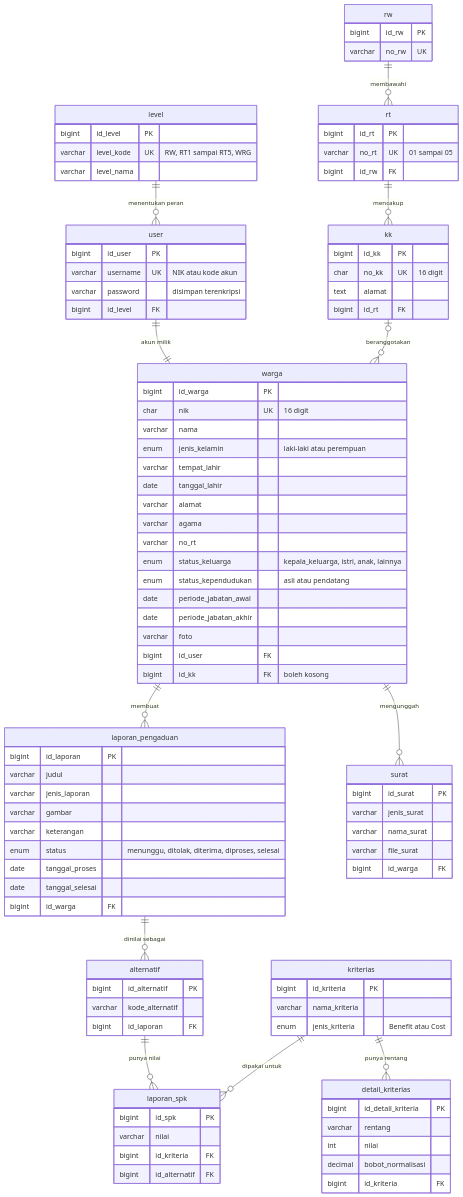
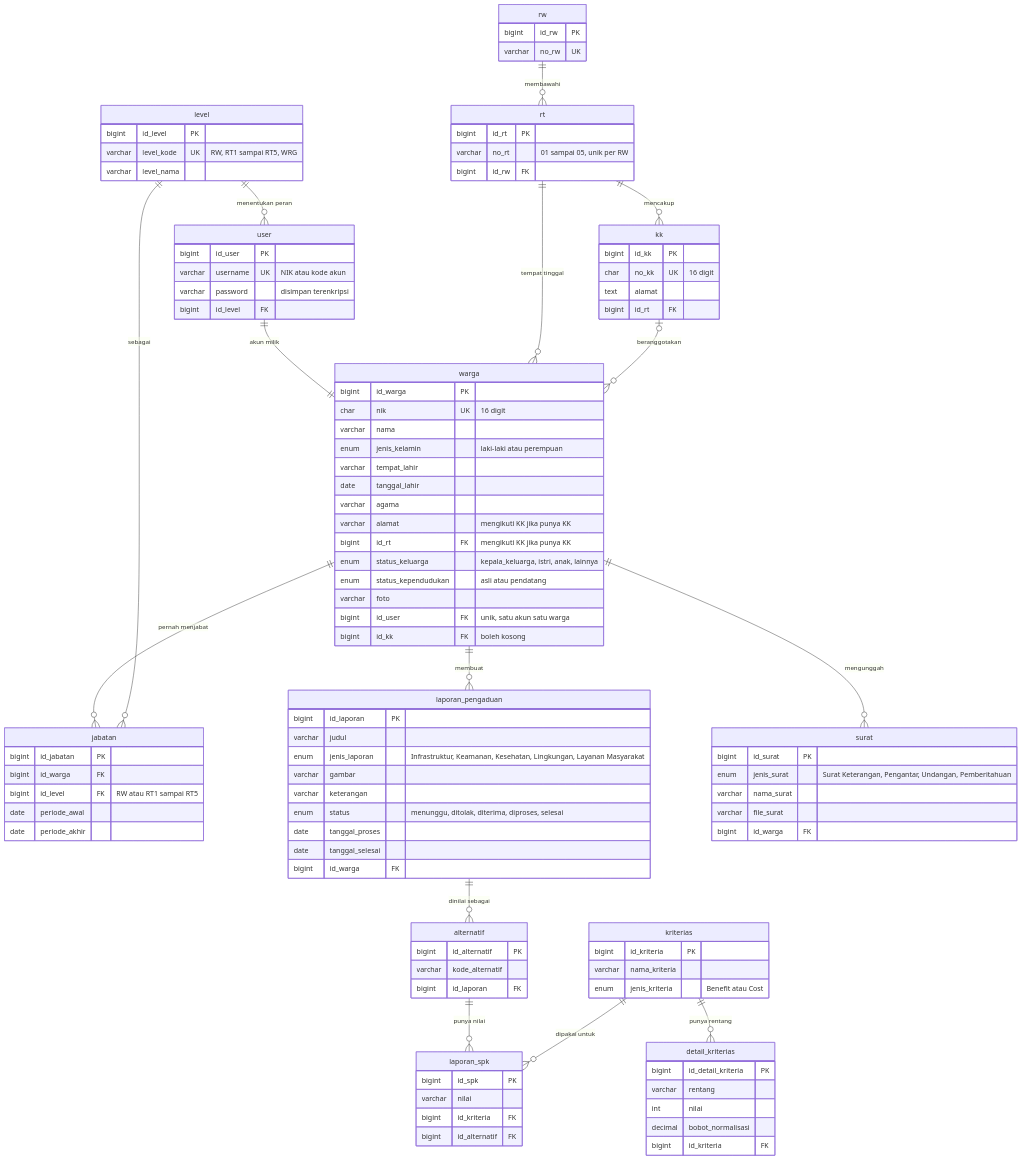
One commit to Dhiyun/MarsoseAsolole changed the diagram in README.md. Above: the diagram before and after it, drawn with Mermaid. The commit also changed other lines of this file and 34 other files, not shown here.

```diff
--- a/README.md
+++ b/README.md
@@ -112,7 +128,10 @@
     user ||--|| warga : "akun milik"
     rw ||--o{ rt : "membawahi"
     rt ||--o{ kk : "mencakup"
+    rt ||--o{ warga : "tempat tinggal"
     kk |o--o{ warga : "beranggotakan"
+    warga ||--o{ jabatan : "pernah menjabat"
+    level ||--o{ jabatan : "sebagai"
     warga ||--o{ laporan_pengaduan : "membuat"
     warga ||--o{ surat : "mengunggah"
     laporan_pengaduan ||--o{ alternatif : "dinilai sebagai"
@@ -140,7 +159,7 @@
 
     rt {
         bigint id_rt PK
-        varchar no_rt UK "01 sampai 05"
+        varchar no_rt "01 sampai 05, unik per RW"
         bigint id_rw FK
     }
 
@@ -158,22 +177,28 @@
         enum jenis_kelamin "laki-laki atau perempuan"
         varchar tempat_lahir
         date tanggal_lahir
-        varchar alamat
         varchar agama
-        varchar no_rt
+        varchar alamat "mengikuti KK jika punya KK"
+        bigint id_rt FK "mengikuti KK jika punya KK"
         enum status_keluarga "kepala_keluarga, istri, anak, lainnya"
         enum status_kependudukan "asli atau pendatang"
-        date periode_jabatan_awal
-        date periode_jabatan_akhir
         varchar foto
-        bigint id_user FK
+        bigint id_user FK "unik, satu akun satu warga"
         bigint id_kk FK "boleh kosong"
+    }
+
+    jabatan {
+        bigint id_jabatan PK
+        bigint id_warga FK
+        bigint id_level FK "RW atau RT1 sampai RT5"
+        date periode_awal
+        date periode_akhir
     }
 
     laporan_pengaduan {
         bigint id_laporan PK
         varchar judul
-        varchar jenis_laporan
+        enum jenis_laporan "Infrastruktur, Keamanan, Kesehatan, Lingkungan, Layanan Masyarakat"
         varchar gambar
         varchar keterangan
         enum status "menunggu, ditolak, diterima, diproses, selesai"
@@ -184,7 +209,7 @@
 
     surat {
         bigint id_surat PK
-        varchar jenis_surat
+        enum jenis_surat "Surat Keterangan, Pengantar, Undangan, Pemberitahuan"
         varchar nama_surat
         varchar file_surat
         bigint id_warga FK
```
